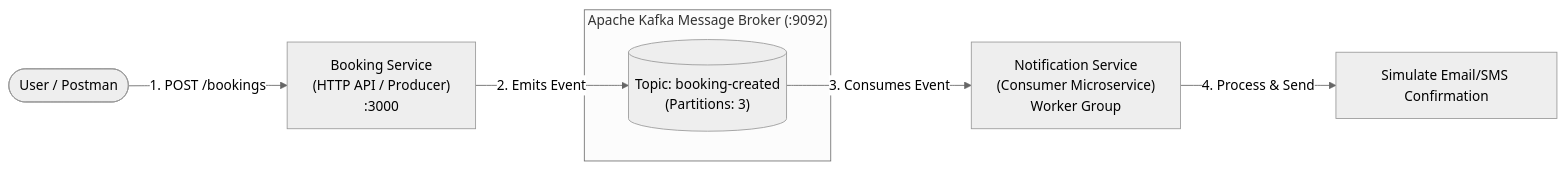
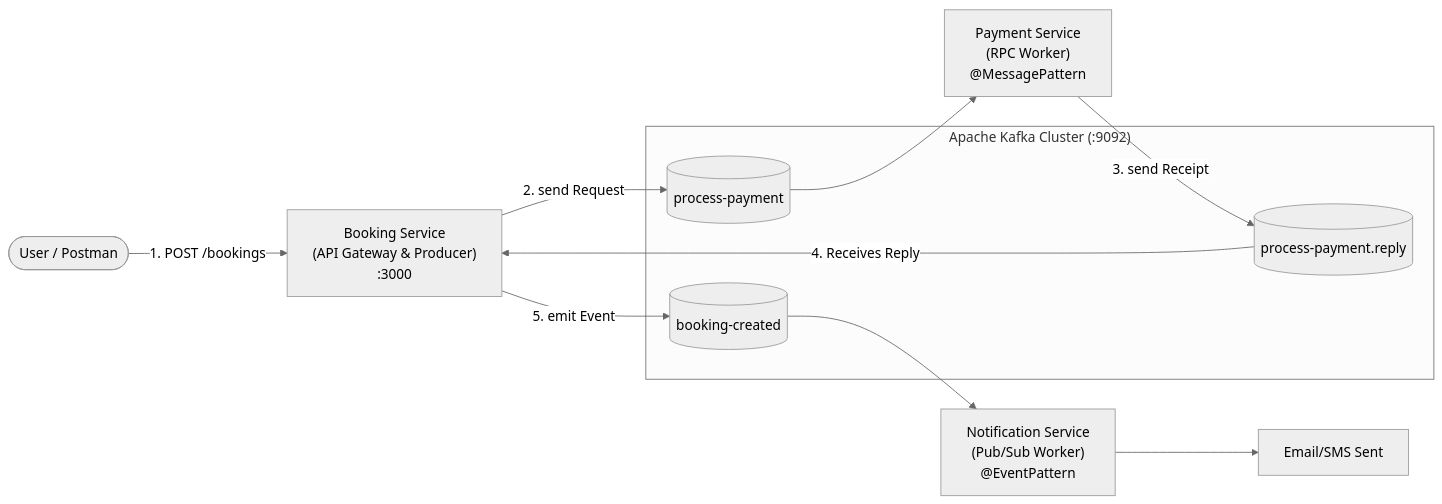
One commit to menase7/nestjs-microservices-ticket-booking changed the diagram in README.md. Above: the diagram before and after it, drawn with Mermaid (neutral theme). The commit also changed other lines of this file and 10 other files, not shown here.

First line of the commit message:
feat(payment): add payment microservice and integrate Kafka Request-Reply RPC

````diff
--- a/README.md
+++ b/README.md
@@ -9,13 +9,21 @@
 ```mermaid
 flowchart LR
-    Client([User / Postman]) -->|1. POST /bookings| BookingService["Booking Service\n(HTTP API / Producer)\n:3000"]
+    Client([User / Postman]) -->|1. POST /bookings| BookingService["Booking Service\n(API Gateway & Producer)\n:3000"]
     
-    subgraph KafkaCluster ["Apache Kafka Message Broker (:9092)"]
-        Topic[("Topic: booking-created\n(Partitions: 3)")]
+    subgraph KafkaCluster ["Apache Kafka Cluster (:9092)"]
+        TopicPayReq[("process-payment")]
+        TopicPayRep[("process-payment.reply")]
+        TopicBooking[("booking-created")]
     end
     
-    BookingService -->|2. Emits Event| Topic
-    Topic -->|3. Consumes Event| NotificationService["Notification Service\n(Consumer Microservice)\nWorker Group"]
+    %% RPC Flow
+    BookingService -->|2. send Request| TopicPayReq
+    TopicPayReq --> PaymentService["Payment Service\n(RPC Worker)\n@MessagePattern"]
+    PaymentService -->|3. send Receipt| TopicPayRep
+    TopicPayRep -->|4. Receives Reply| BookingService
     
-    NotificationService -->|4. Process & Send| Action["Simulate Email/SMS Confirmation"]
+    %% Event Stream Flow
+    BookingService -->|5. emit Event| TopicBooking
+    TopicBooking --> NotificationService["Notification Service\n(Pub/Sub Worker)\n@EventPattern"]
+    NotificationService --> Action["Email/SMS Sent"]
 ```
````
